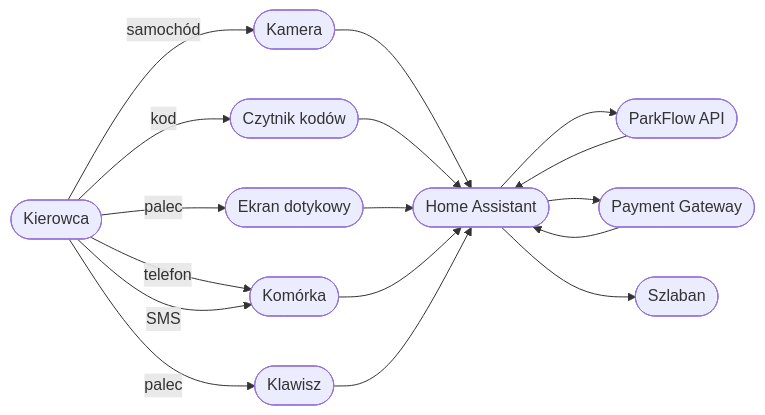
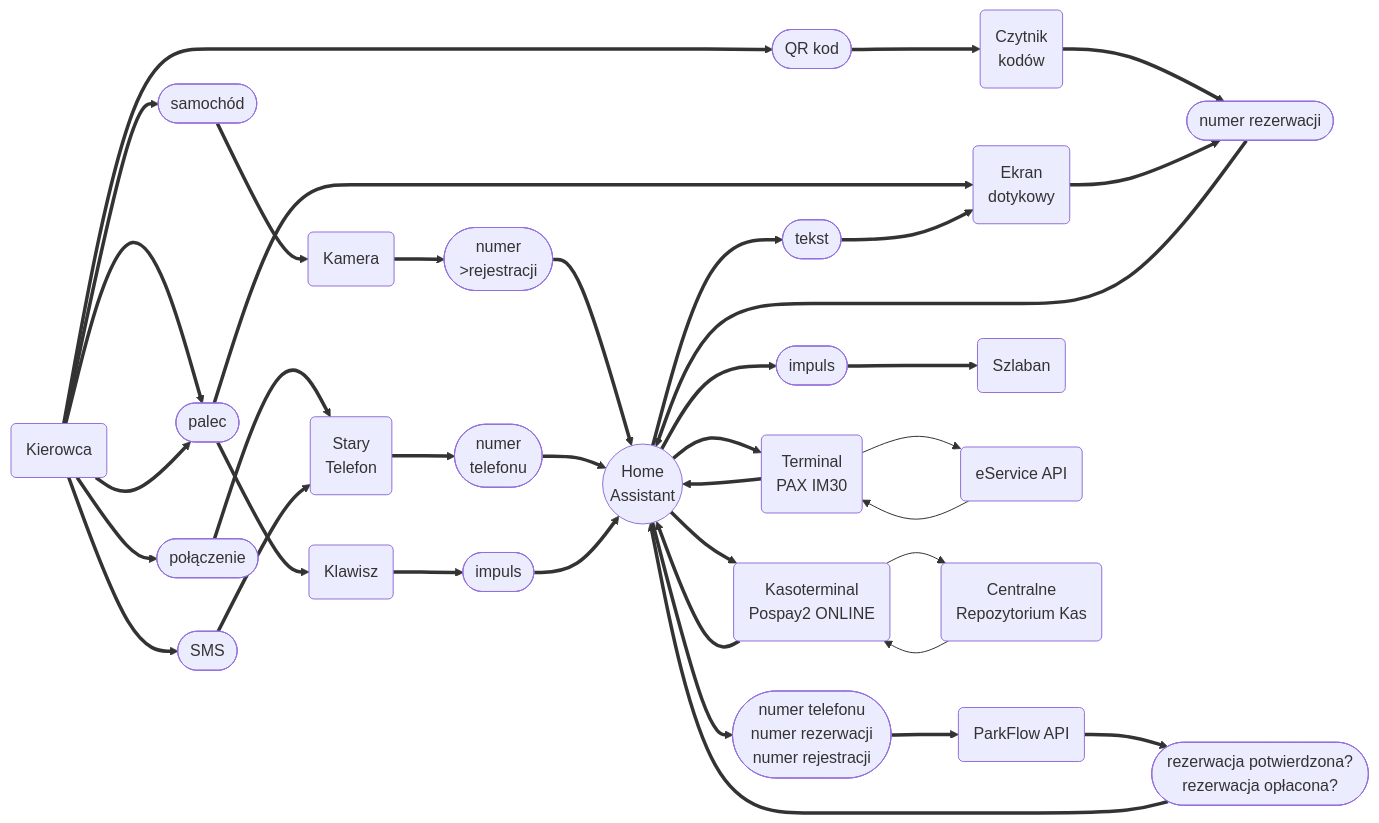
The second of 2 diagrams in README.md (gaman-pl/park-pal), drawn with Mermaid before and after one commit. The commit also changed other lines of this file, not shown here.

Commit message:
Relacje bardziej szczegółowo

````diff
--- a/README.md
+++ b/README.md
@@ -39,19 +40,26 @@
 ```mermaid
 flowchart LR
-    actor([Kierowca]) --samochód--> iCAM([Kamera])
-    actor --kod--> iQR([Czytnik kodów])
-    actor --palec--> iTS([Ekran dotykowy])
-    actor --telefon--> iPH([Komórka])
-    actor --SMS--> iPH([Komórka])
-    actor --palec--> iBP([Klawisz])
-    iCAM --> HA([Home Assistant])
-    iQR --> HA
-    iTS --> HA
-    iPH --> HA
-    iBP --> HA
-    HA --> PF([ParkFlow API])
-    PF --> HA
-    HA --> PG([Payment Gateway])
-    PG --> HA
-    HA --> G([Szlaban])
+    actor(Kierowca) ==> eCar([samochód]) ==> iCam(Kamera)
+    actor ==> eCode([QR kod]) ==> iQR(Czytnik<br />kodów)
+    actor ==> eFinger([palec]) ==> iTS(Ekran<br />dotykowy)
+    actor ==> eFinger ==> iBP(Klawisz)
+    actor ==> ePhone([połączenie]) ==> iPH(Komórka)
+    actor ==> eMess([SMS]) ==> iPH(Stary<br />Telefon)
+    iCam ==> ePlate([numer<br />>rejestracji]) ==> HA((Home<br />Assistant))
+    iQR ==> eID([numer rezerwacji]) ==> HA
+    iTS ==> eID
+    HA ==> eReq([tekst]) ==> iTS
+    iPH ==> ePN([numer<br />telefonu]) ==> HA
+    iBP ==> eTrig1([impuls]) ==> HA
+    HA ==> eDS([numer telefonu<br />numer rezerwacji<br />numer rejestracji]) ==> apiPF(ParkFlow API)
+    apiPF ==> eRS([rezerwacja potwierdzona?<br />rezerwacja opłacona?]) ==> HA
+    HA ==> eTrig2([impuls]) ==> G(Szlaban)
+    HA ==> iTerm(Terminal<br />PAX IM30)
+    iTerm --> apiES(eService API)
+    apiES --> iTerm
+    iTerm ==> HA
+    HA ==> iCash(Kasoterminal<br />Pospay2 ONLINE)
+    iCash --> apiCRK(Centralne<br />Repozytorium Kas)
+    apiCRK --> iCash
+    iCash ==> HA
 ```
````
